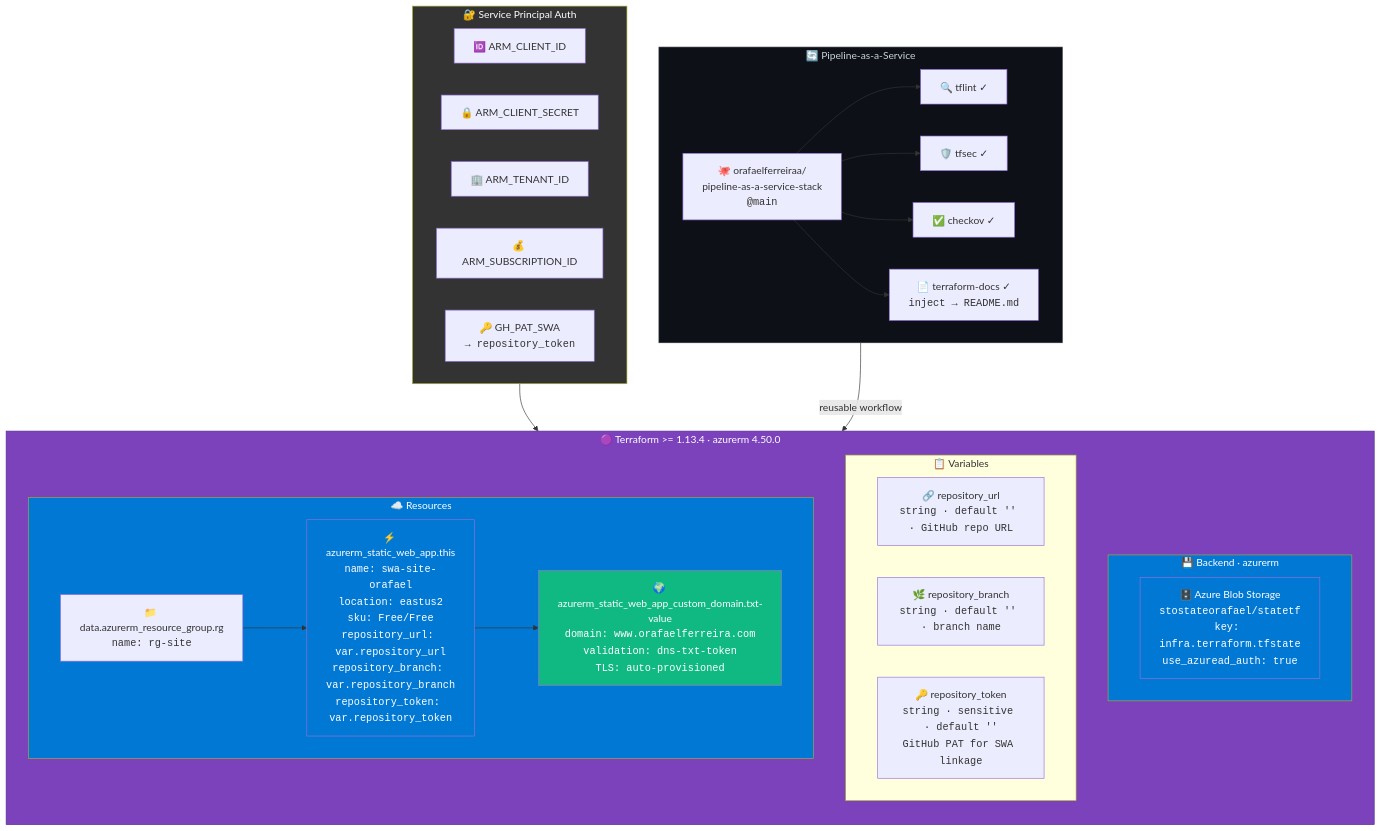
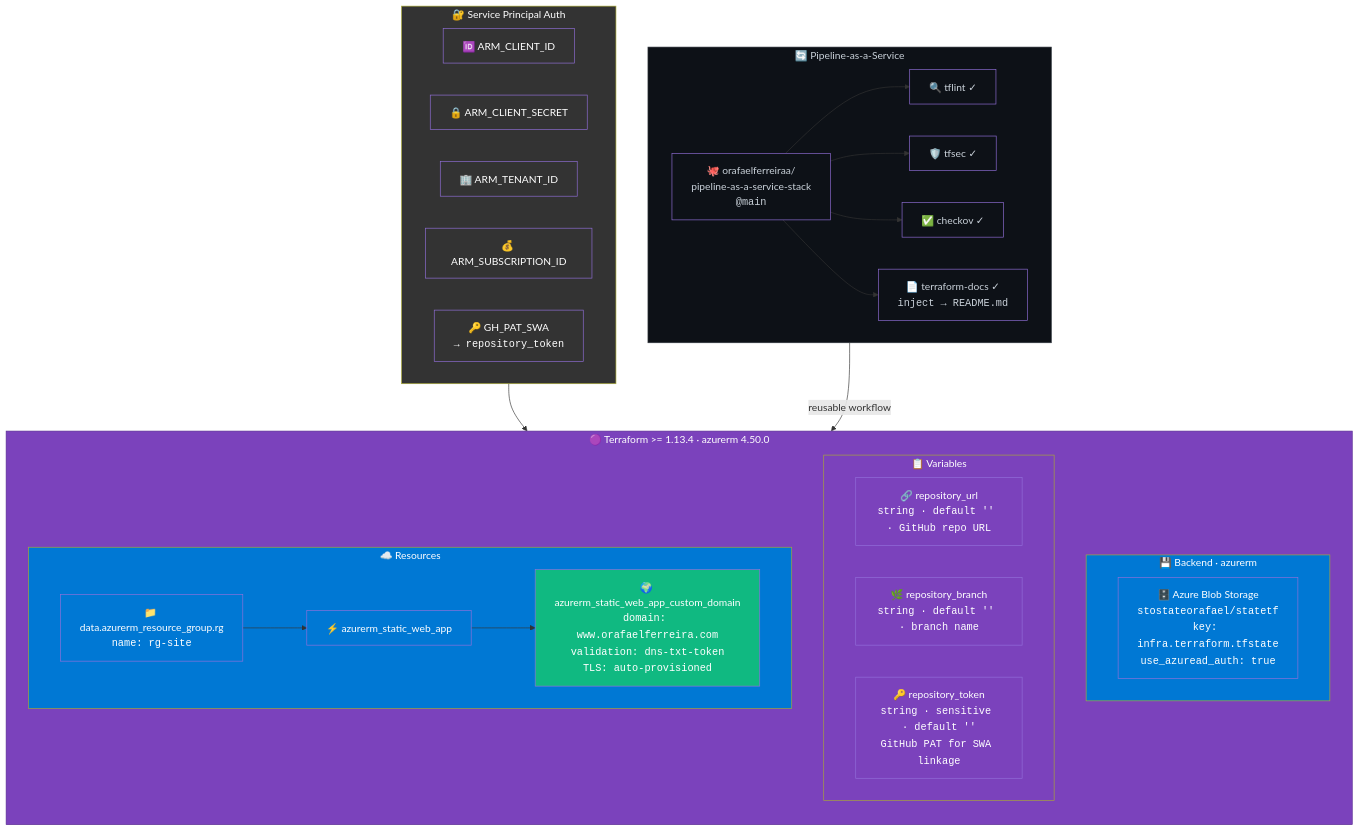
One commit to orafaelferreiraa/orafaelferreira-com changed the fifth of 5 diagrams in README.md. Above: the diagram before and after it, drawn with Mermaid. The commit also changed other lines of this file, not shown here.

Commit message:
refactor(docs): update README for clarity and consistency; improve section titles and diagram labels

````diff
--- a/README.md
+++ b/README.md
@@ -417,56 +415,71 @@
 ```mermaid
 flowchart TB
     subgraph tf["🟣 Terraform >= 1.13.4 · azurerm 4.50.0"]
         direction TB
         
         subgraph backend["💾 Backend · azurerm"]
             state["🗄️ Azure Blob Storage<br/><code>stostateorafael/statetf<br/>key: infra.terraform.tfstate<br/>use_azuread_auth: true</code>"]
         end
 
         subgraph vars["📋 Variables"]
             v1["🔗 repository_url<br/><code>string · default '' · GitHub repo URL</code>"]
             v2["🌿 repository_branch<br/><code>string · default '' · branch name</code>"]
             v3["🔑 repository_token<br/><code>string · sensitive · default ''<br/>GitHub PAT for SWA linkage</code>"]
         end
 
         subgraph resources["☁️ Resources"]
             data_rg["📁 data.azurerm_resource_group.rg<br/><code>name: rg-site</code>"]
-            swa_res["⚡ azurerm_static_web_app.this<br/><code>name: swa-site-orafael<br/>location: eastus2<br/>sku: Free/Free<br/>repository_url: var.repository_url<br/>repository_branch: var.repository_branch<br/>repository_token: var.repository_token</code>"]
-            domain["🌍 azurerm_static_web_app_custom_domain.txt-value<br/><code>domain: www.orafaelferreira.com<br/>validation: dns-txt-token<br/>TLS: auto-provisioned</code>"]
+            swa_res["⚡ azurerm_static_web_app"]
+            domain["🌍 azurerm_static_web_app_custom_domain<br/><code>domain: www.orafaelferreira.com<br/>validation: dns-txt-token<br/>TLS: auto-provisioned</code>"]
         end
 
         data_rg --> swa_res
         swa_res --> domain
     end
 
     subgraph auth["🔐 Service Principal Auth"]
         direction LR
         arm_client["🆔 ARM_CLIENT_ID"]
         arm_secret["🔒 ARM_CLIENT_SECRET"]
         arm_tenant["🏢 ARM_TENANT_ID"]
         arm_sub["💰 ARM_SUBSCRIPTION_ID"]
         gh_pat["🔑 GH_PAT_SWA<br/><code>→ repository_token</code>"]
     end
 
     subgraph pipeline_svc["🔄 Pipeline-as-a-Service"]
         direction LR
         paas["🐙 orafaelferreiraa/<br/>pipeline-as-a-service-stack<br/><code>@main</code>"]
         paas_tflint["🔍 tflint ✓"]
         paas_tfsec["🛡️ tfsec ✓"]
         paas_checkov["✅ checkov ✓"]
         paas_docs["📄 terraform-docs ✓<br/><code>inject → README.md</code>"]
         paas --> paas_tflint & paas_tfsec & paas_checkov & paas_docs
     end
 
     auth --> tf
     pipeline_svc -->|"reusable workflow"| tf
 
     style tf fill:#7B42BC,color:#fff,stroke:#5a2d91
     style backend fill:#0078D4,color:#fff
     style resources fill:#0078D4,color:#fff
+    style vars fill:#7B42BC,color:#fff
     style auth fill:#333,color:#fff
     style pipeline_svc fill:#0d1117,color:#c9d1d9,stroke:#30363d
     style state fill:#0078D4,color:#fff
+    style data_rg fill:#0078D4,color:#fff
     style swa_res fill:#0078D4,color:#fff
     style domain fill:#10b981,color:#fff
+    style v1 fill:#7B42BC,color:#fff
+    style v2 fill:#7B42BC,color:#fff
+    style v3 fill:#7B42BC,color:#fff
+    style arm_client fill:#333,color:#fff
+    style arm_secret fill:#333,color:#fff
+    style arm_tenant fill:#333,color:#fff
+    style arm_sub fill:#333,color:#fff
+    style gh_pat fill:#333,color:#fff
+    style paas fill:#0d1117,color:#c9d1d9
+    style paas_tflint fill:#0d1117,color:#c9d1d9
+    style paas_tfsec fill:#0d1117,color:#c9d1d9
+    style paas_checkov fill:#0d1117,color:#c9d1d9
+    style paas_docs fill:#0d1117,color:#c9d1d9
 ```
````
